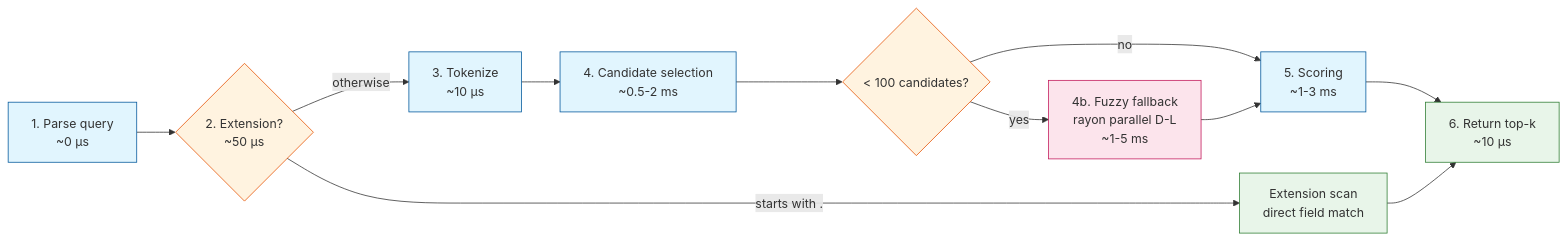
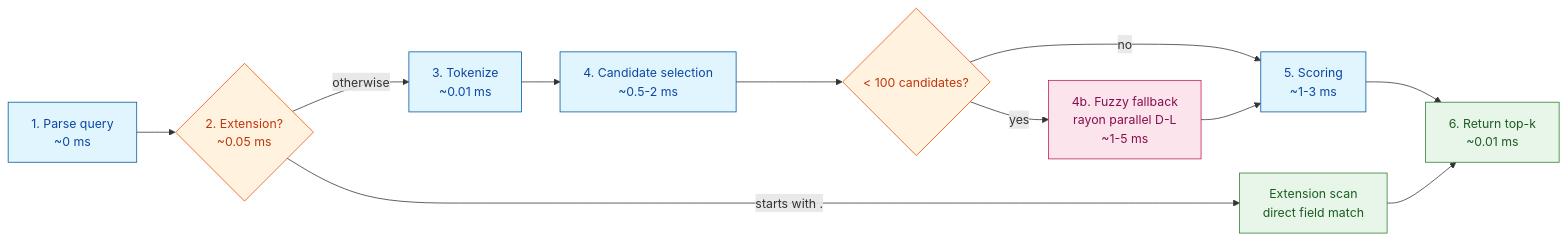
One commit to williamcachamwri/snyd changed the fifth of 7 diagrams in README.md. Above: the diagram before and after it, drawn with Mermaid. The commit also changed other lines of this file, not shown here.

Commit message:
docs: fix Mermaid text colors for dark mode, standardize all time units to ms
- Replace style with classDef + explicit color declarations so text is
  readable in GitHub dark mode (dark text on light backgrounds)
- Convert all 9 occurrences of µs → ms for consistency:
  ~0 µs → ~0 ms, ~10 µs → ~0.01 ms, ~30 µs → ~0.03 ms,
  ~50 µs → ~0.05 ms, ~116 µs → ~0.12 ms

````diff
--- a/README.md
+++ b/README.md
@@ -172,23 +172,22 @@
 ```mermaid
 flowchart LR
-    A[1. Parse query<br/>~0 µs] --> B{2. Extension?<br/>~50 µs}
+    A[1. Parse query<br/>~0 ms] --> B{2. Extension?<br/>~0.05 ms}
     B -->|starts with .| C[Extension scan<br/>direct field match]
-    B -->|otherwise| D[3. Tokenize<br/>~10 µs]
+    B -->|otherwise| D[3. Tokenize<br/>~0.01 ms]
     D --> E[4. Candidate selection<br/>~0.5-2 ms]
     E --> F{< 100 candidates?}
     F -->|yes| G[4b. Fuzzy fallback<br/>rayon parallel D-L<br/>~1-5 ms]
     F -->|no| H[5. Scoring<br/>~1-3 ms]
     G --> H
-    H --> I[6. Return top-k<br/>~10 µs]
+    H --> I[6. Return top-k<br/>~0.01 ms]
     C --> I
 
-    style A fill:#e1f5fe,stroke:#01579b
-    style B fill:#fff3e0,stroke:#e65100
-    style C fill:#e8f5e9,stroke:#2e7d32
-    style D fill:#e1f5fe,stroke:#01579b
-    style E fill:#e1f5fe,stroke:#01579b
-    style F fill:#fff3e0,stroke:#e65100
-    style G fill:#fce4ec,stroke:#c2185b
-    style H fill:#e1f5fe,stroke:#01579b
-    style I fill:#e8f5e9,stroke:#2e7d32
+    classDef process fill:#e1f5fe,stroke:#01579b,color:#0d47a1
+    classDef decision fill:#fff3e0,stroke:#e65100,color:#bf360c
+    classDef fastpath fill:#e8f5e9,stroke:#2e7d32,color:#1b5e20
+    classDef fallback fill:#fce4ec,stroke:#c2185b,color:#880e4f
+    class A,D,E,H process
+    class B,F decision
+    class C,I fastpath
+    class G fallback
 ```
````
